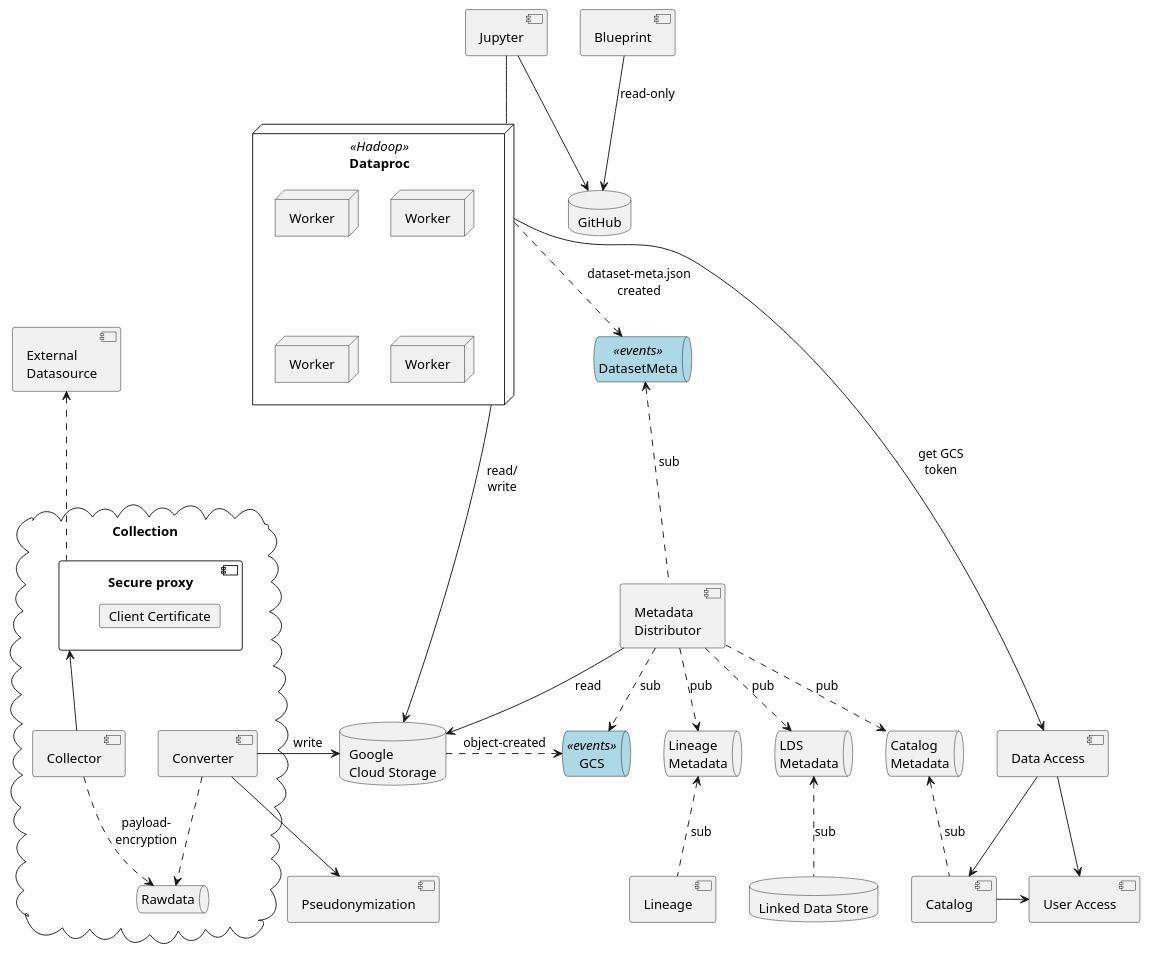
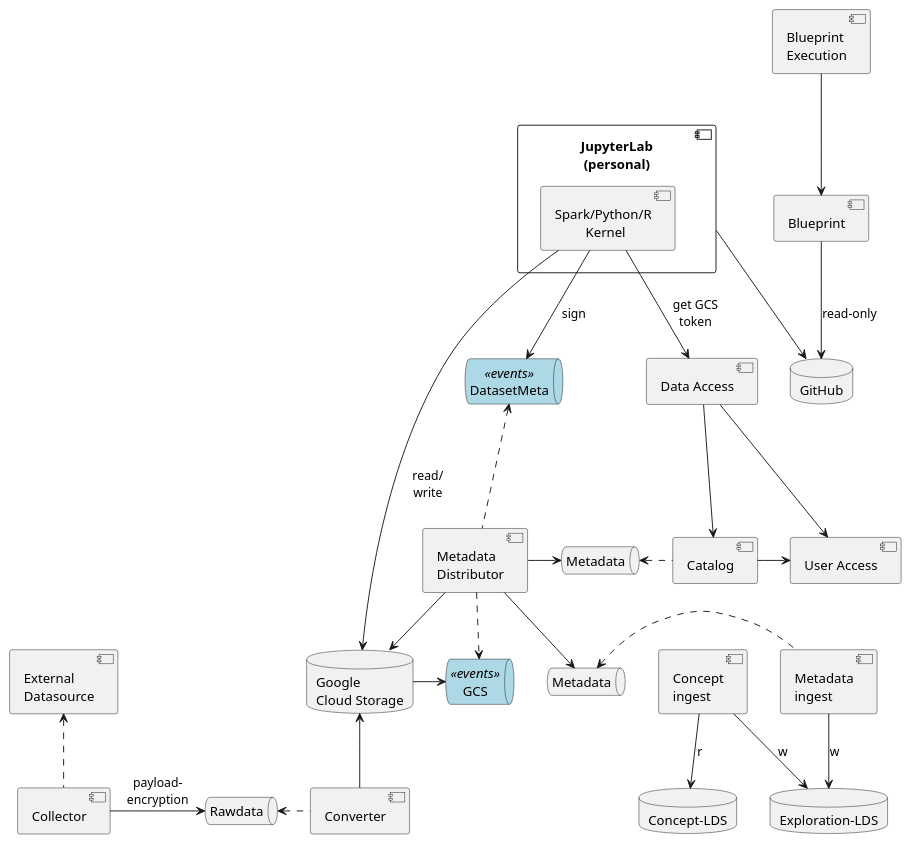
The diagram in doc/components.puml (statisticsnorway/dapla-project), drawn with PlantUML before and after one commit. The commit also changed 1 other file, not shown here.

Commit message:
Update components diagram

```diff
--- a/doc/components.puml
+++ b/doc/components.puml
@@ -1,76 +1,67 @@
 @startuml
 
 skinparam queue {
 	backgroundColor<<events>> LightBlue
 }
 
 component "User Access" as user_access
 component "Catalog" as catalog
-component "Pseudonymization" as pseudo
 component "Blueprint" as blueprint
-component "Lineage" as lineage
+component "Blueprint\nExecution" as blueprint_execution
+component "Metadata\ningest" as metadata_ingest
+component "Concept\ningest" as concept_ingest
 component "Data Access" as data_access
-database "Linked Data Store" as lds {
+database "Concept-LDS" as concept_lds {
+}
+database "Exploration-LDS" as exploration_lds {
 }
 database "Google\nCloud Storage" as gcs {
 }
-node "Dataproc" <<Hadoop>> as dataproc {
-  node "Worker" as worker1
-  node "Worker" as worker2
-  node "Worker" as worker3
-  node "Worker" as worker4
+component "JupyterLab\n(personal)" as jupyter_lab {
+    component "Spark/Python/R\n         Kernel" as kernel
 }
-component "Jupyter" as jupyter
 catalog -> user_access
 data_access --> catalog
 data_access --> user_access
 
 database "GitHub" as github
 
-jupyter -- dataproc
-jupyter --> github
+jupyter_lab --> github
 blueprint --> github : read-only
-dataproc ----> gcs : \n\nread/\nwrite
-dataproc ----> data_access : get GCS\ntoken
+blueprint_execution --> blueprint
+kernel --> gcs : \n\nread/\nwrite
+kernel --> data_access : get GCS\ntoken
 
 component "External\nDatasource" as source
 component "Metadata\nDistributor" as distributor
 queue "DatasetMeta" as datasetmetaevents <<events>> {
 }
 queue "GCS" as gcsevents <<events>> {
 }
-queue "Catalog\nMetadata" as catalogQ {
+queue "Metadata" as catalogQ {
 }
-queue "LDS\nMetadata" as ldsQ {
+queue "Metadata" as exploration_ldsQ {
 }
-queue "Lineage\nMetadata" as lineageQ {
+component "Collector" as collector
+queue "Rawdata" as rawdata {
 }
-cloud Collection {
-    component "Secure proxy" as sec_proxy {
-        card "Client Certificate" as client_cert
-    }
-    component "Collector" as collector
-    queue "Rawdata" as rawdata {
-    }
-    component "Converter" as converter
-    collector -u-> sec_proxy
-    collector ..> rawdata : payload-\nencryption
-    converter ..> rawdata
-    converter -> gcs : "      write"
-    converter --> pseudo
-}
+component "Converter" as converter
+collector -> rawdata : payload-\nencryption
+rawdata <. converter
+converter -u-> gcs
 
-distributor --> gcs : read
-distributor ..> lineageQ : pub
-distributor ..> catalogQ : pub
-distributor ..> ldsQ : pub
-gcs .> gcsevents : object-created
-dataproc ..> datasetmetaevents : dataset-meta.json\ncreated
-distributor .> gcsevents : sub
-distributor .u-> datasetmetaevents : sub
-lds .u.> ldsQ : sub
-catalog .u.> catalogQ : sub
-lineage .u.> lineageQ : sub
-sec_proxy .u.> source
+distributor --> gcs
+distributor -> catalogQ
+distributor --> exploration_ldsQ
+gcs -> gcsevents
+kernel --> datasetmetaevents : sign
+distributor .> gcsevents
+datasetmetaevents <.. distributor
+exploration_ldsQ <. metadata_ingest
+metadata_ingest --> exploration_lds : w
+concept_ingest --> exploration_lds : w
+concept_ingest --> concept_lds : r
+catalogQ <. catalog
+collector .u.> source
 
 @enduml
```
